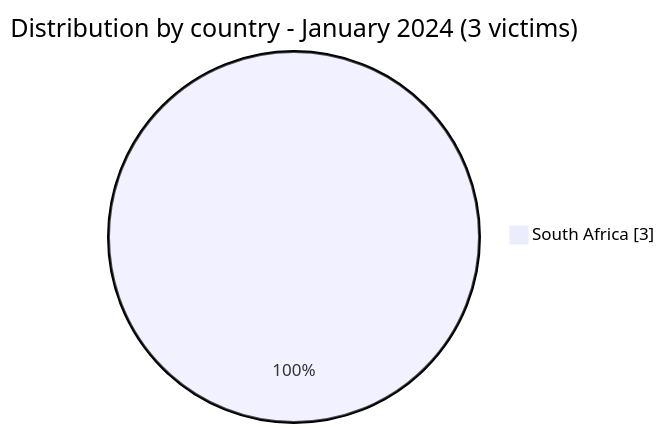
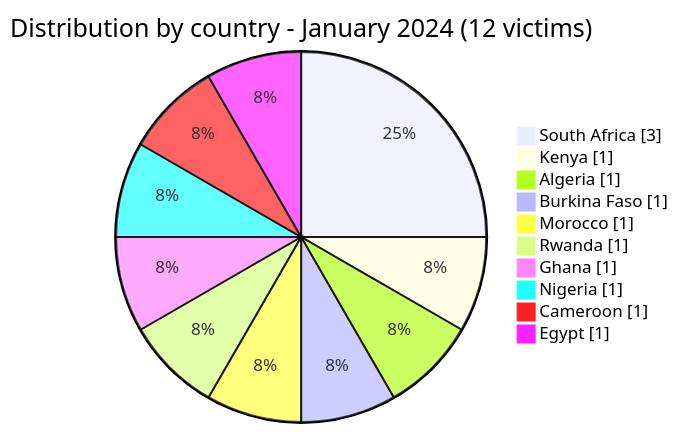
Before and after one commit to Hatchepsoute/AFRINTEL: the second of 4 diagrams in CyberAttackAfrica/2024/01-january/README.md, drawn with Mermaid. The commit also changed other lines of this file and 255 other files, not shown here.

````diff
--- a/CyberAttackAfrica/2024/01-january/README.md
+++ b/CyberAttackAfrica/2024/01-january/README.md
@@ -52,5 +80,14 @@
 ```mermaid
 pie showData
-    title Distribution by country - January 2024 (3 victims)
+    title Distribution by country - January 2024 (12 victims)
     "South Africa" : 3
+    "Kenya" : 1
+    "Algeria" : 1
+    "Burkina Faso" : 1
+    "Morocco" : 1
+    "Rwanda" : 1
+    "Ghana" : 1
+    "Nigeria" : 1
+    "Cameroon" : 1
+    "Egypt" : 1
 ```
````
